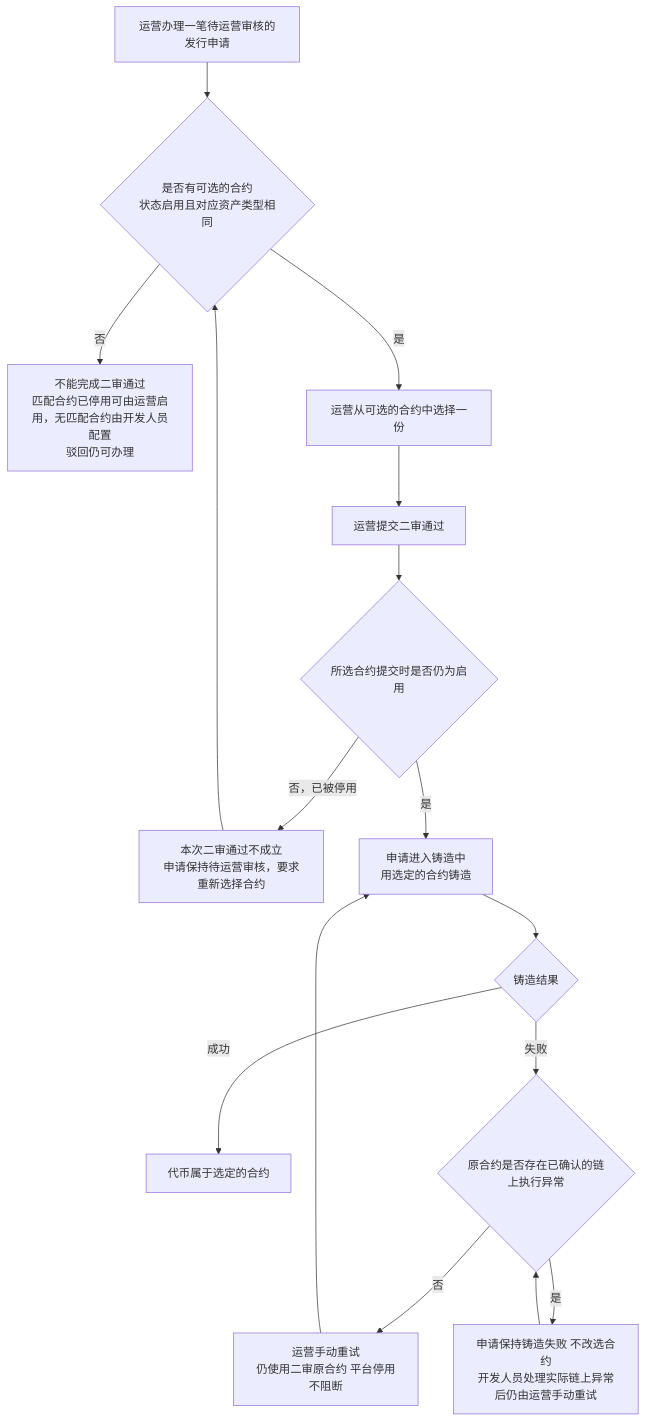
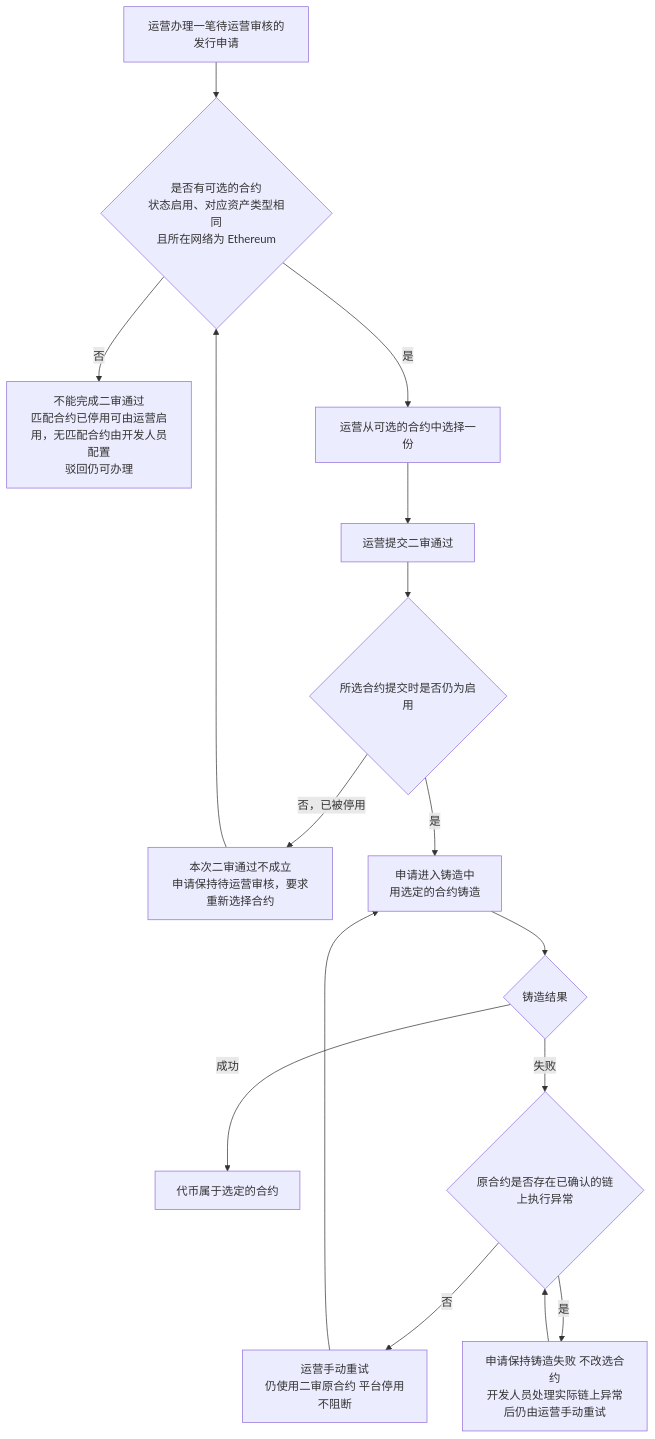
The second of 4 diagrams in token-issuance-platform/PRD/管理端/M6-合约管理/02-合约管理-流程图与状态机.md (wxblockchain/Chain-Financing), drawn with Mermaid before and after one commit. The commit also changed other lines of this file and 32 other files, not shown here.

````diff
--- a/token-issuance-platform/PRD/管理端/M6-合约管理/02-合约管理-流程图与状态机.md
+++ b/token-issuance-platform/PRD/管理端/M6-合约管理/02-合约管理-流程图与状态机.md
@@ -38,18 +38,18 @@
 ```mermaid
 flowchart TD
-    A[运营办理一笔待运营审核的发行申请] --> B{是否有可选的合约<br/>状态启用且对应资产类型相同}
+    A[运营办理一笔待运营审核的发行申请] --> B{是否有可选的合约<br/>状态启用、对应资产类型相同<br/>且所在网络为 Ethereum}
     B -->|否| B1[不能完成二审通过<br/>匹配合约已停用可由运营启用，无匹配合约由开发人员配置<br/>驳回仍可办理]
     B -->|是| C[运营从可选的合约中选择一份]
     C --> D[运营提交二审通过]
     D --> E{所选合约提交时是否仍为启用}
     E -->|否，已被停用| E1[本次二审通过不成立<br/>申请保持待运营审核，要求重新选择合约]
     E1 --> B
     E -->|是| F[申请进入铸造中<br/>用选定的合约铸造]
     F --> G{铸造结果}
     G -->|成功| H[代币属于选定的合约]
     G -->|失败| I{原合约是否存在已确认的链上执行异常}
     I -->|否| J[运营手动重试<br/>仍使用二审原合约 平台停用不阻断]
     J --> F
     I -->|是| K[申请保持铸造失败 不改选合约<br/>开发人员处理实际链上异常后仍由运营手动重试]
     K --> I
 ```
````
